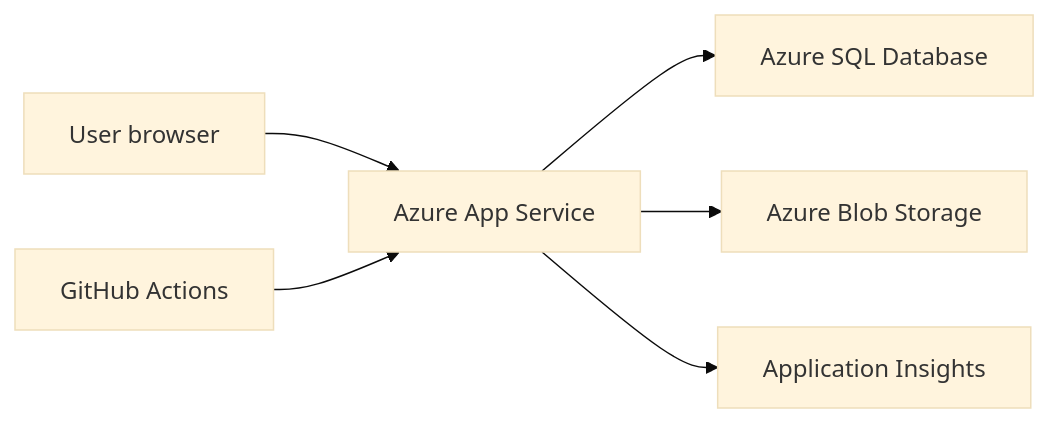
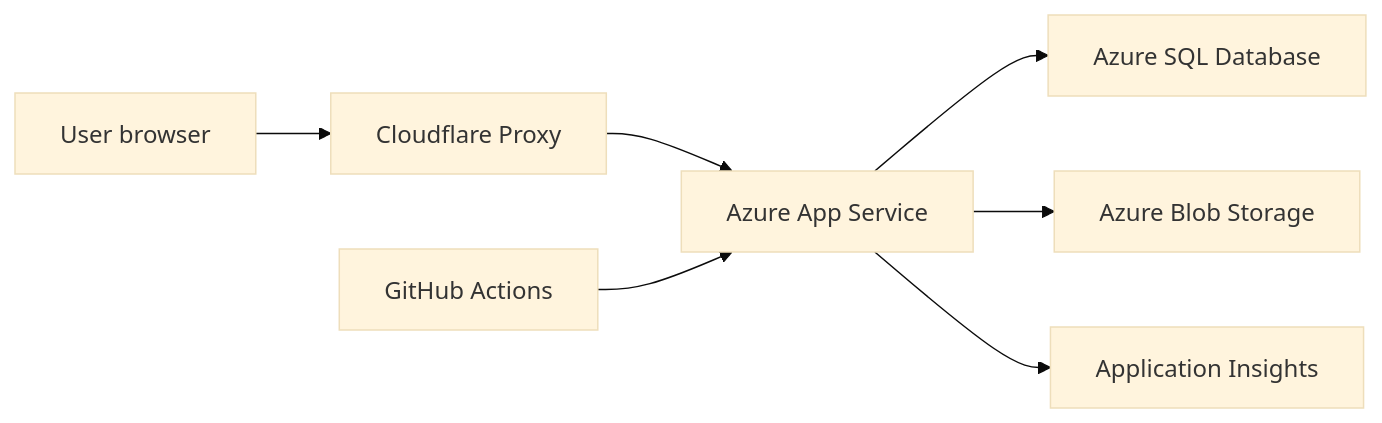
One commit to richardorchard/QueenZone.Modern changed the diagram in docs/architecture/azure-hosting-plan.md. Above: the diagram before and after it, drawn with Mermaid (base theme). The commit also changed other lines of this file, not shown here.

Commit message:
Document Cloudflare hosting path

````diff
--- a/docs/architecture/azure-hosting-plan.md
+++ b/docs/architecture/azure-hosting-plan.md
@@ -5,8 +5,9 @@
 ```mermaid
 flowchart LR
-  User["User browser"] --> App["Azure App Service"]
+  User["User browser"] --> CF["Cloudflare Proxy"]
+  CF --> App["Azure App Service"]
   App --> Sql["Azure SQL Database"]
   App --> Blob["Azure Blob Storage"]
   App --> Insights["Application Insights"]
   GitHub["GitHub Actions"] --> App
 ```
````
